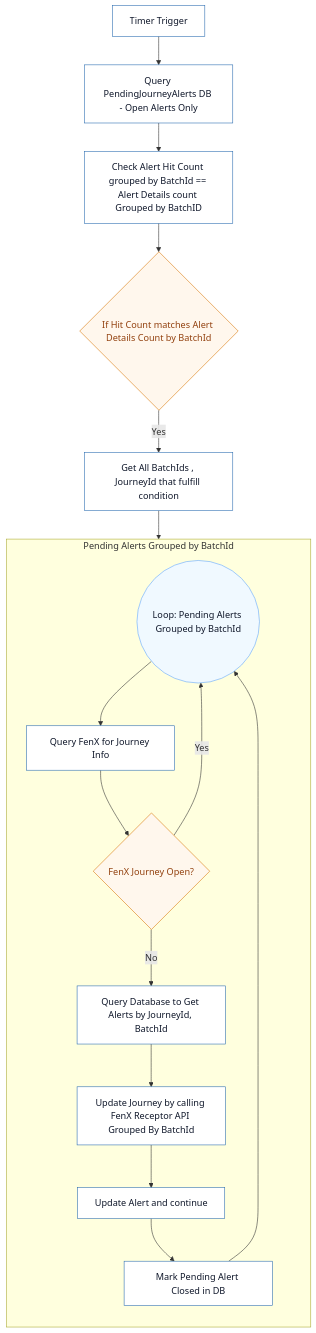
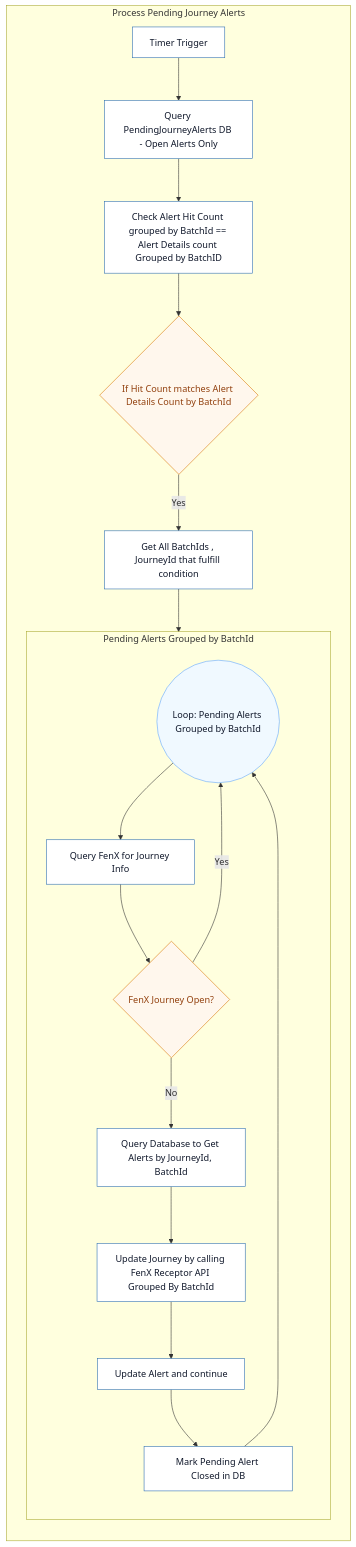
One commit to jojokoshy/Architecture_Diagrams_Python_AI changed the diagram in Arch_Diagrams/v2/AlertFlow2.mmd. Above: the diagram before and after it, drawn with Mermaid.

Commit message:
Refactor Pending Alerts Flow diagram for improved structure and clarity

```diff
--- a/Arch_Diagrams/v2/AlertFlow2.mmd
+++ b/Arch_Diagrams/v2/AlertFlow2.mmd
@@ -1,26 +1,30 @@
 %%{init: {"theme":"default","themeVariables": {"background":"#ffffff","fontSize":"14"}}}%%
 flowchart TB
 classDef step fill:#ffffff,stroke:#2b6cb0,color:#0f172a,stroke-width:1px;
 classDef decision fill:#fff7ed,stroke:#d97706,color:#92400e,stroke-width:1px;
 classDef loop fill:#f0f9ff,stroke:#60a5fa,color:#0f172a,stroke-width:1px;
 classDef footer fill:#ffffff,stroke:none,color:#0f172a;
 
 %% Pending Alerts Flow
-A1[Timer Trigger]:::step --> A2[Query PendingJourneyAlerts DB - Open Alerts Only]:::step
-A2 --> A3[Check Alert Hit Count grouped by BatchId == Alert Details count Grouped by BatchID]:::step
-A3 -->AlertCheckCondition{If Hit Count matches Alert Details Count by BatchId}:::decision
-AlertCheckCondition -->|Yes| A4[Get All BatchIds , JourneyId that fulfill condition]:::step 
-A4 --> LoopStart((Loop: Pending Alerts Grouped by BatchId)):::loop
-%%A2 --> LoopStart((Loop: Pending Alerts)):::loop
+A1[Timer Trigger]:::step
+subgraph PendingAlertsFlow [Process Pending Journey Alerts]
+	direction TB 
+	A1 --> A2[Query PendingJourneyAlerts DB - Open Alerts Only]:::step
+	A2 --> A3[Check Alert Hit Count grouped by BatchId == Alert Details count Grouped by BatchID]:::step
+	A3 -->AlertCheckCondition{If Hit Count matches Alert Details Count by BatchId}:::decision
+	AlertCheckCondition -->|Yes| A4[Get All BatchIds , JourneyId that fulfill condition]:::step 
+	A4 --> LoopStart((Loop: Pending Alerts Grouped by BatchId)):::loop
+	%%A2 --> LoopStart((Loop: Pending Alerts)):::loop
 
-subgraph PendingLoop [Pending Alerts Grouped by BatchId]
-	direction TB
-	LoopStart --> E2[Query FenX for Journey Info]:::step
-	E2 --> M{FenX Journey Open?}:::decision
-	M -->|No| N0[Query Database to Get Alerts by JourneyId, BatchId]:::step
-	M -->|Yes| LoopStart
-	N0 --> N1[Update Journey by calling FenX Receptor API Grouped By BatchId]:::step
-	N1 --> N2[Update Alert and continue]:::step
-	N2 --> N3[Mark Pending Alert Closed in DB]:::step
-	N3 --> LoopStart
+	subgraph PendingLoop [Pending Alerts Grouped by BatchId]
+		direction TB
+		LoopStart --> E2[Query FenX for Journey Info]:::step
+		E2 --> M{FenX Journey Open?}:::decision
+		M -->|No| N0[Query Database to Get Alerts by JourneyId, BatchId]:::step
+		M -->|Yes| LoopStart
+		N0 --> N1[Update Journey by calling FenX Receptor API Grouped By BatchId]:::step
+		N1 --> N2[Update Alert and continue]:::step
+		N2 --> N3[Mark Pending Alert Closed in DB]:::step
+		N3 --> LoopStart
+	end
 end
```
